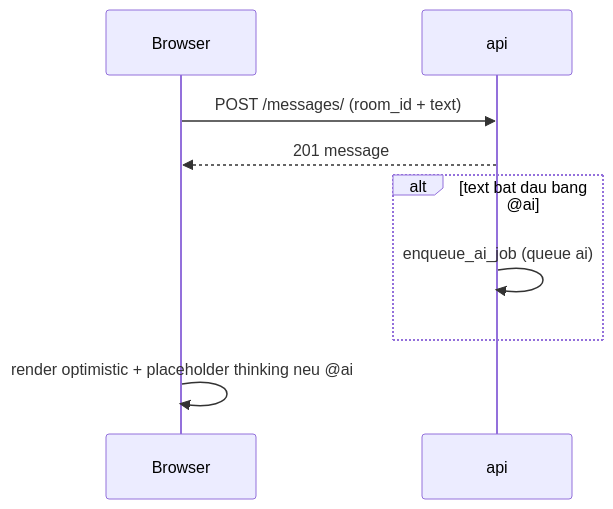
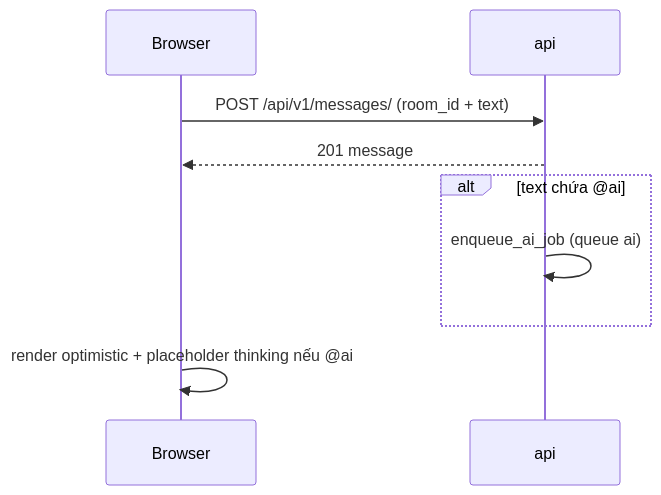
Before and after one commit to bexanhtuoi/E-Room: the third of 14 diagrams in docs/workflow.md, drawn with Mermaid. The commit also changed other lines of this file and 7 other files, not shown here.

````diff
--- a/docs/workflow.md
+++ b/docs/workflow.md
@@ -37,11 +38,11 @@
 ```mermaid
 sequenceDiagram
     participant U as Browser
     participant A as api
-    U->>A: POST /messages/ (room_id + text)
+    U->>A: POST /api/v1/messages/ (room_id + text)
     A-->>U: 201 message
-    alt text bat dau bang @ai
+    alt text chứa @ai
         A->>A: enqueue_ai_job (queue ai)
     end
-    U->>U: render optimistic + placeholder thinking neu @ai
+    U->>U: render optimistic + placeholder thinking nếu @ai
 ```
````
